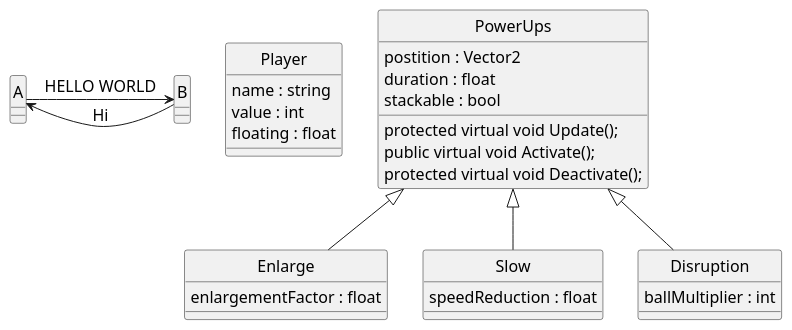
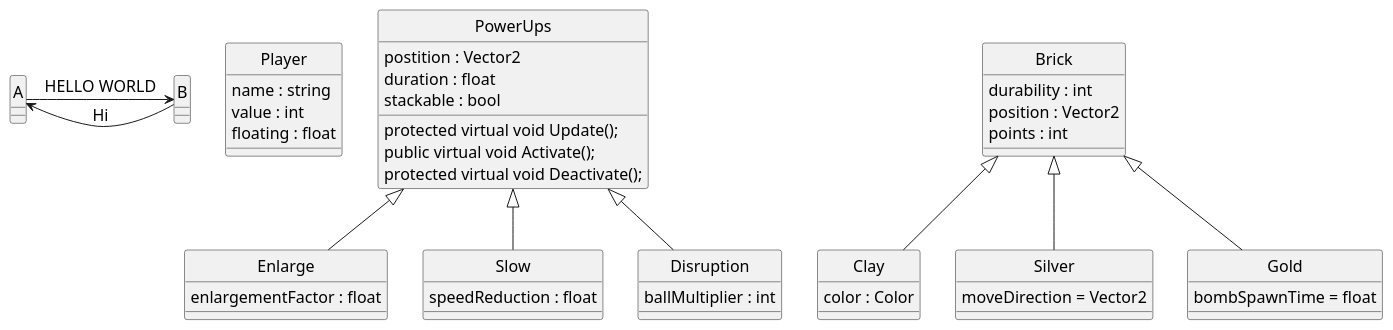
The diagram in Breakout.plantuml (RitchiDev/GROUP-Domain-Decomposition-Git), drawn with PlantUML before and after one commit.

Commit message:
Merge commit resolve. Fixed inheritance/extends.

```diff
--- a/Breakout.plantuml
+++ b/Breakout.plantuml
@@ -1,42 +1,72 @@
 @startuml Breakout
 skinparam style strictuml
 skinparam SequenceMessageAlignment center
 skinparam DefaultFontName Arial
 skinparam DefaultFontSize 16
 skinparam DefaultFontStyle bold
 
 A -> B : HELLO WORLD
 A <- B : Hi
 
-class "Player" as Player{
+class "Player" as Player
+{
     name : string
     value : int
     floating : float
 }
 
 Powerups <|-- Enlarge
 Powerups <|-- Slow
 Powerups <|-- Disruption
-class "PowerUps" as Powerups{
+class "PowerUps" as Powerups
+{
     postition : Vector2
     duration : float
     stackable : bool
     
     protected virtual void Update();
     public virtual void Activate();
     protected virtual void Deactivate();
 }
 
-class "Enlarge" as Enlarge{
+class "Enlarge" as Enlarge
+{
     enlargementFactor : float
 }
 
-class "Slow" as Slow {
+class "Slow" as Slow
+{
     speedReduction : float
 }
 
-class "Disruption" as Disruption{
+class "Disruption" as Disruption
+{
     ballMultiplier : int
 }
 
+class "Brick" as Brick
+{
+    durability : int
+    position : Vector2
+    points : int
+}
+
+Brick <|-- Clay
+class "Clay" as Clay
+{
+    color : Color
+}
+
+Brick <|-- Silver
+class "Silver" as Silver
+{
+    moveDirection = Vector2
+}
+
+Brick <|-- Gold
+class "Gold" as Gold
+{
+    bombSpawnTime = float
+}
+
 @enduml
```
